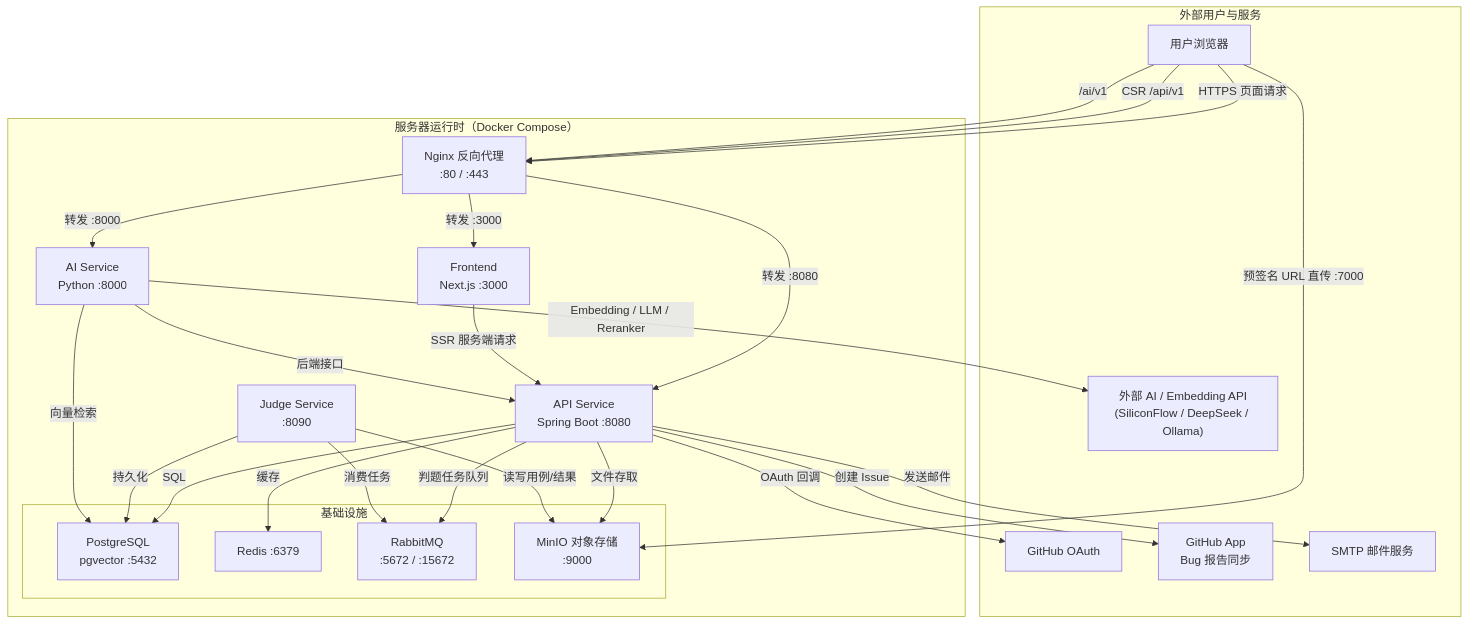
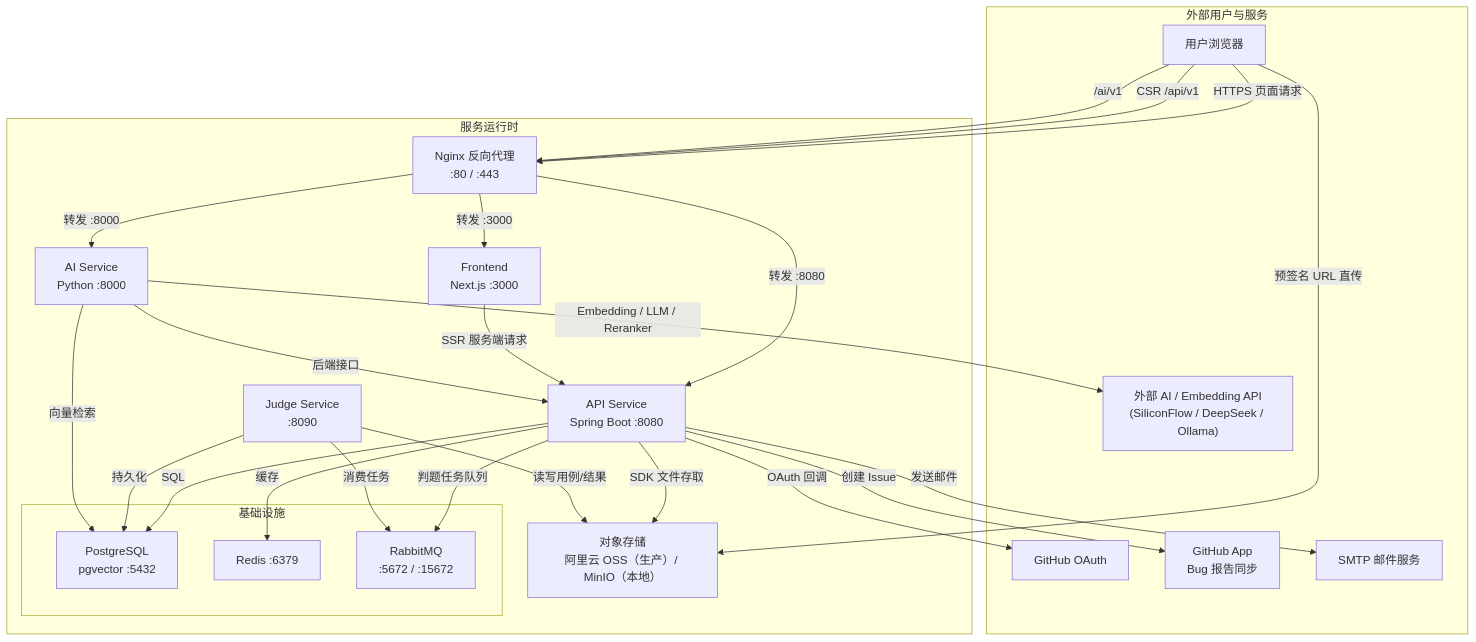
One commit to Blue-Net-Team/official-web2 changed the second of 2 diagrams in docs/02-项目概述/02-02-技术架构.md. Above: the diagram before and after it, drawn with Mermaid. The commit also changed other lines of this file and 5 other files, not shown here.

````diff
--- a/docs/02-项目概述/02-02-技术架构.md
+++ b/docs/02-项目概述/02-02-技术架构.md
@@ -47,51 +101,52 @@
 ```mermaid
 flowchart TB
-    subgraph External ["外部用户与服务"]
+    subgraph External["外部用户与服务"]
         Browser["用户浏览器"]
         GitHubOAuth["GitHub OAuth"]
         GitHubApp["GitHub App<br/>Bug 报告同步"]
         SMTP["SMTP 邮件服务"]
         ExtAI["外部 AI / Embedding API<br/>(SiliconFlow / DeepSeek / Ollama)"]
     end
 
-    subgraph Runtime ["服务器运行时（Docker Compose）"]
+    subgraph Runtime["服务运行时"]
         Nginx["Nginx 反向代理<br/>:80 / :443"]
         Frontend["Frontend<br/>Next.js :3000"]
         Backend["API Service<br/>Spring Boot :8080"]
         Judge["Judge Service<br/>:8090"]
         AI["AI Service<br/>Python :8000"]
 
-        subgraph Infra ["基础设施"]
+        subgraph Infra["基础设施"]
             DB["PostgreSQL<br/>pgvector :5432"]
             Redis["Redis :6379"]
             RabbitMQ["RabbitMQ<br/>:5672 / :15672"]
-            MinIO["MinIO 对象存储<br/>:9000"]
         end
+
+        OSS["对象存储<br/>阿里云 OSS（生产）/ MinIO（本地）"]
     end
 
     Browser -->|"HTTPS 页面请求"| Nginx
     Nginx -->|"转发 :3000"| Frontend
     Browser -->|"CSR /api/v1"| Nginx
     Nginx -->|"转发 :8080"| Backend
-    Browser -->|"预签名 URL 直传 :7000"| MinIO
+    Browser -->|"预签名 URL 直传"| OSS
     Browser -->|"/ai/v1"| Nginx
     Nginx -->|"转发 :8000"| AI
 
     Frontend -->|"SSR 服务端请求"| Backend
 
     Backend -->|"SQL"| DB
     Backend -->|"缓存"| Redis
     Backend -->|"判题任务队列"| RabbitMQ
-    Backend -->|"文件存取"| MinIO
+    Backend -->|"SDK 文件存取"| OSS
     Backend -->|"OAuth 回调"| GitHubOAuth
     Backend -->|"创建 Issue"| GitHubApp
     Backend -->|"发送邮件"| SMTP
 
     Judge -->|"消费任务"| RabbitMQ
-    Judge -->|"读写用例/结果"| MinIO
+    Judge -->|"读写用例/结果"| OSS
     Judge -->|"持久化"| DB
 
     AI -->|"向量检索"| DB
     AI -->|"后端接口"| Backend
     AI -->|"Embedding / LLM / Reranker"| ExtAI
 ```
````
